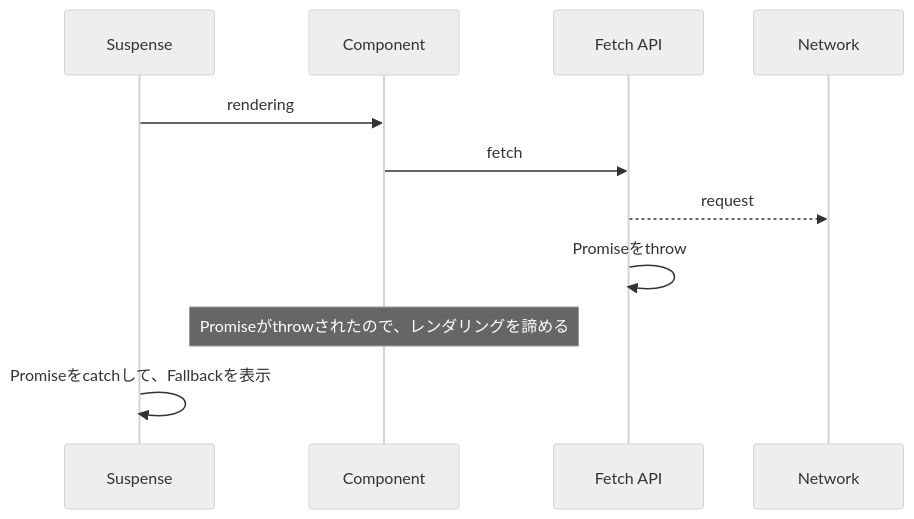
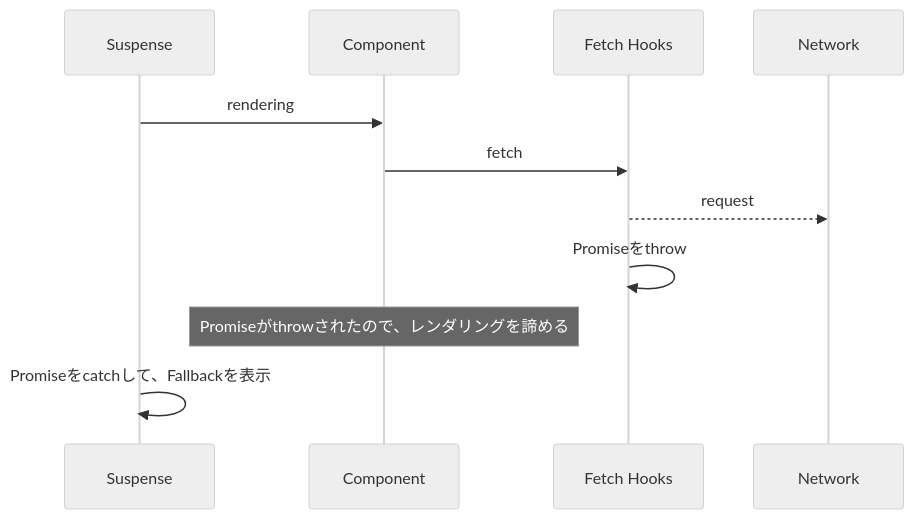
Before and after one commit to dodo-lab/sandbox: the first of 5 diagrams in react/react18/slide/slides.md, drawn with Mermaid (neutral theme). The commit also changed other lines of this file, not shown here.

````diff
--- a/react/react18/slide/slides.md
+++ b/react/react18/slide/slides.md
@@ -168,14 +168,14 @@
 ```mermaid
 sequenceDiagram
   participant Suspense
   participant Component
-  participant Fetch as Fetch API
+  participant Fetch as Fetch Hooks
   participant Network
 
   Suspense ->> Component: rendering
   Component ->> Fetch: fetch
   Fetch -->> Network: request
   Fetch ->> Fetch: Promiseをthrow
   Note over Component: Promiseがthrowされたので、レンダリングを諦める
   Suspense ->> Suspense: Promiseをcatchして、Fallbackを表示
 ```
````
